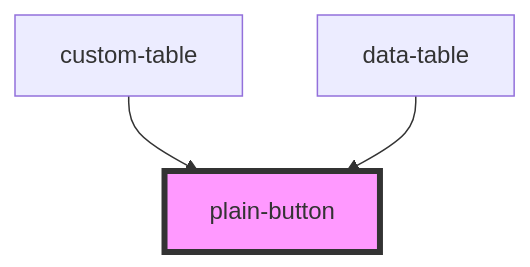
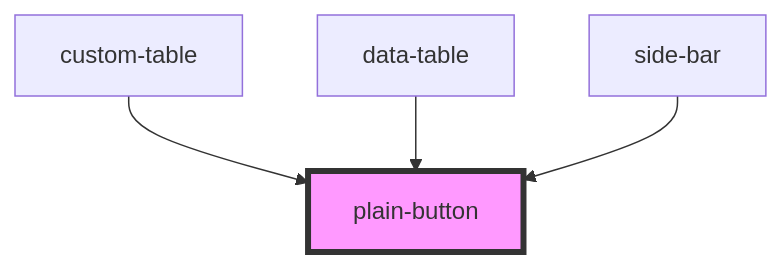
One commit to techvariable/NeptuneConnectComponents changed the diagram in src/components/plain-button/readme.md. Above: the diagram before and after it, drawn with Mermaid. The commit also changed other lines of this file and 14 other files, not shown here.

````diff
--- a/src/components/plain-button/readme.md
+++ b/src/components/plain-button/readme.md
@@ -29,6 +30,7 @@
 ```mermaid
 graph TD;
   custom-table --> plain-button
   data-table --> plain-button
+  side-bar --> plain-button
   style plain-button fill:#f9f,stroke:#333,stroke-width:4px
 ```
````
